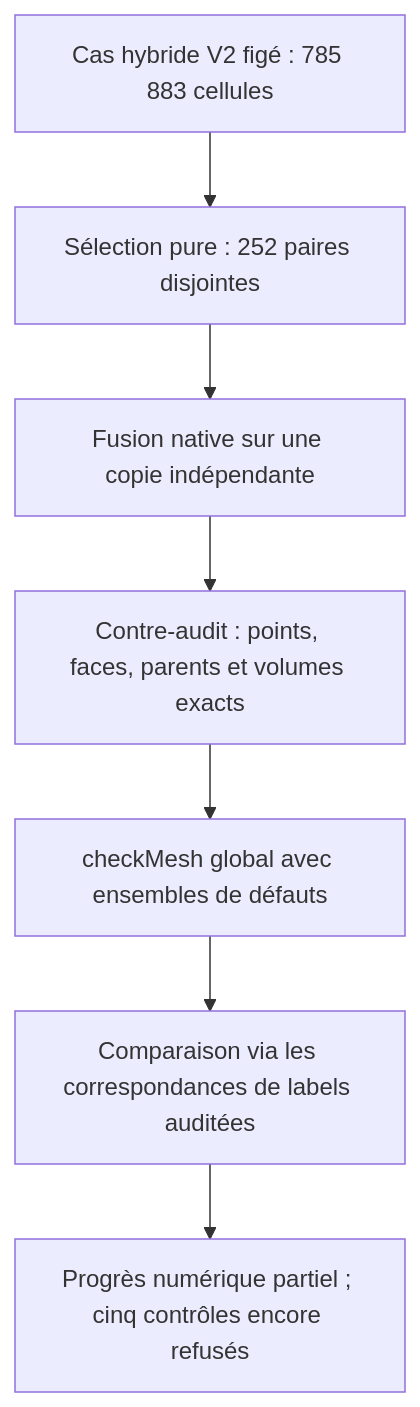
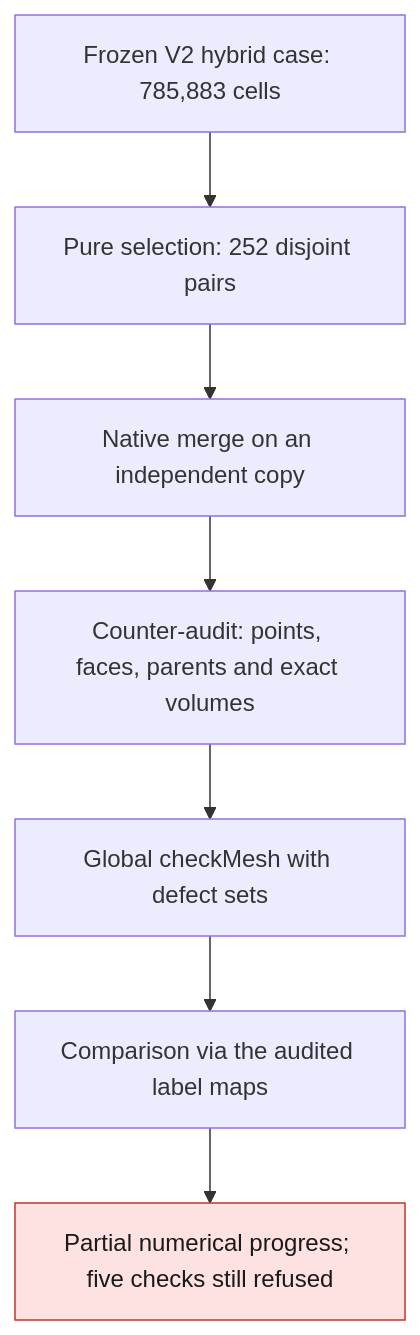
One commit to cluster2600/porscheparts changed the first of 2 diagrams in docs/reports/M64_HYBRID_PAIR_CORRECTION_20260909.md. Above: the diagram before and after it, drawn with Mermaid. The commit also changed other lines of this file and 228 other files, not shown here.

````diff
--- a/docs/reports/M64_HYBRID_PAIR_CORRECTION_20260909.md
+++ b/docs/reports/M64_HYBRID_PAIR_CORRECTION_20260909.md
@@ -15,9 +15,11 @@
 ```mermaid
 flowchart TD
-    A["Cas hybride V2 figé : 785 883 cellules"] --> B["Sélection pure : 252 paires disjointes"]
-    B --> C["Fusion native sur une copie indépendante"]
-    C --> D["Contre-audit : points, faces, parents et volumes exacts"]
-    D --> E["checkMesh global avec ensembles de défauts"]
-    E --> F["Comparaison via les correspondances de labels auditées"]
-    F --> G["Progrès numérique partiel ; cinq contrôles encore refusés"]
+    A["Frozen V2 hybrid case: 785,883 cells"] --> B["Pure selection: 252 disjoint pairs"]
+    B --> C["Native merge on an independent copy"]
+    C --> D["Counter-audit: points, faces, parents and exact volumes"]
+    D --> E["Global checkMesh with defect sets"]
+    E --> F["Comparison via the audited label maps"]
+    F --> G["Partial numerical progress; five checks still refused"]
+    classDef stop fill:#fde2e1,stroke:#c0392b,color:#1a1a1a;
+    class G stop;
 ```
````
